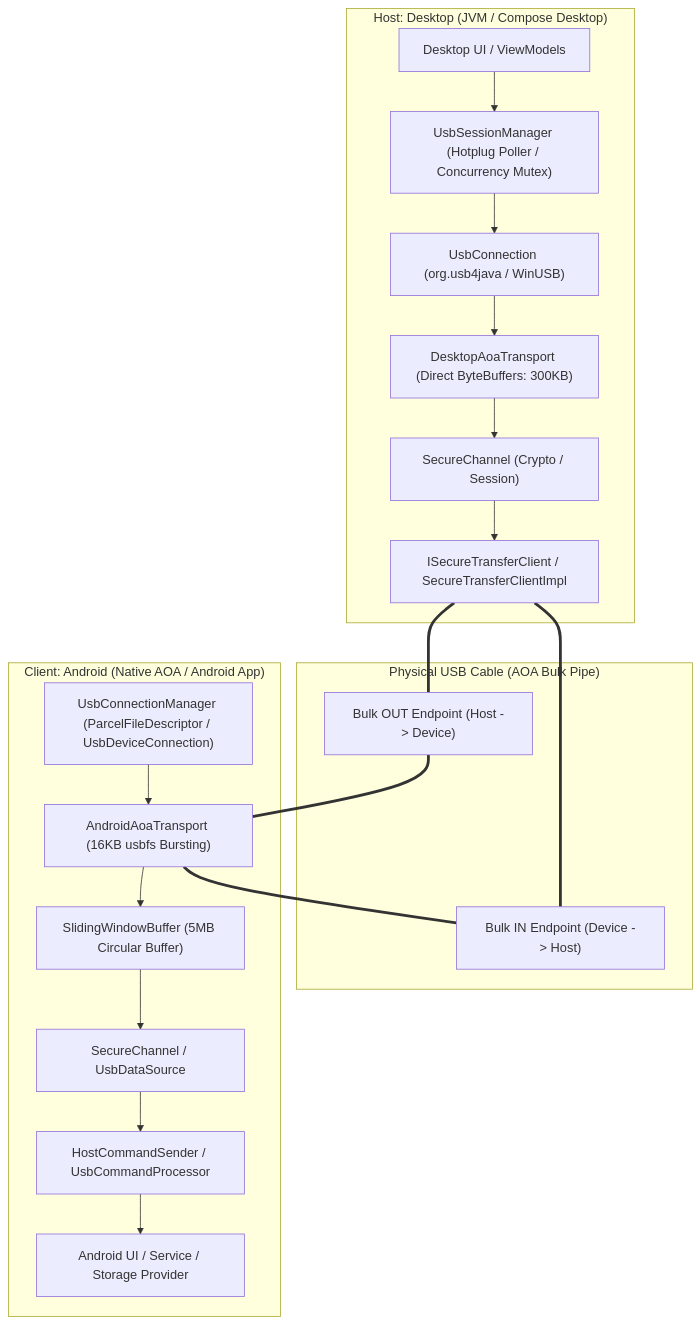
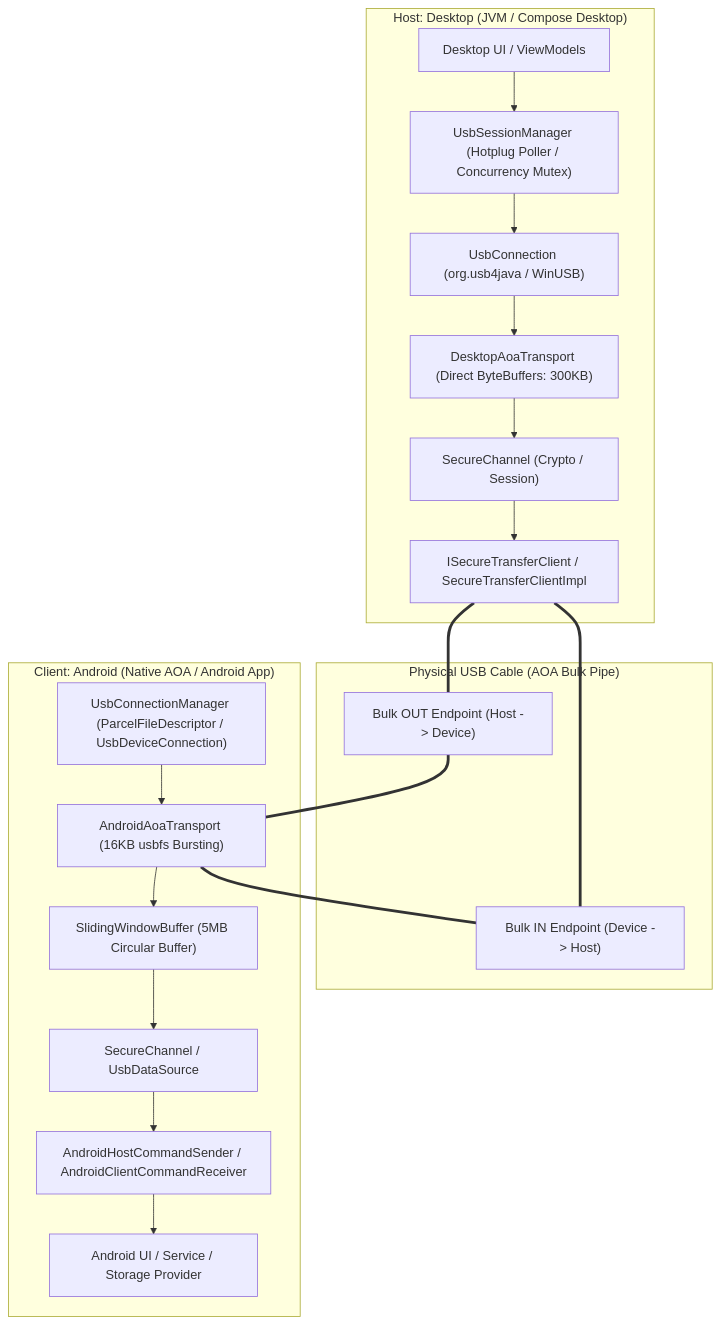
The first of 5 diagrams in SECUREQT_SDK_PROTOCOL_SPECIFICATION.md (kv-shreyas/UsbTransferApp), drawn with Mermaid before and after one commit. The commit also changed other lines of this file and 39 other files, not shown here.

First line of the commit message:
Refactor USB command processor into single-responsibility handlers

````diff
--- a/SECUREQT_SDK_PROTOCOL_SPECIFICATION.md
+++ b/SECUREQT_SDK_PROTOCOL_SPECIFICATION.md
@@ -11,41 +11,41 @@
 ```mermaid
 flowchart TD
     subgraph Host["Host: Desktop (JVM / Compose Desktop)"]
         UI_Desktop["Desktop UI / ViewModels"]
         USM["UsbSessionManager (Hotplug Poller / Concurrency Mutex)"]
         UC["UsbConnection (org.usb4java / WinUSB)"]
         DAT["DesktopAoaTransport (Direct ByteBuffers: 300KB)"]
         SC_D["SecureChannel (Crypto / Session)"]
         STC_D["ISecureTransferClient / SecureTransferClientImpl"]
     end
 
     subgraph PhysicalWire["Physical USB Cable (AOA Bulk Pipe)"]
         BULK_OUT["Bulk OUT Endpoint (Host -> Device)"]
         BULK_IN["Bulk IN Endpoint (Device -> Host)"]
     end
 
     subgraph Client["Client: Android (Native AOA / Android App)"]
-        STC_A["HostCommandSender / UsbCommandProcessor"]
+        STC_A["AndroidHostCommandSender / AndroidClientCommandReceiver"]
         SC_A["SecureChannel / UsbDataSource"]
         SWB["SlidingWindowBuffer (5MB Circular Buffer)"]
         AAT["AndroidAoaTransport (16KB usbfs Bursting)"]
         UCM["UsbConnectionManager (ParcelFileDescriptor / UsbDeviceConnection)"]
         UI_Android["Android UI / Service / Storage Provider"]
     end
 
     UI_Desktop --> USM
     USM --> UC
     UC --> DAT
     DAT --> SC_D
     SC_D --> STC_D
     STC_D === BULK_OUT
     BULK_IN === STC_D
 
     BULK_OUT === AAT
     AAT === BULK_IN
     AAT --> SWB
     SWB --> SC_A
     SC_A --> STC_A
     UCM --> AAT
     STC_A --> UI_Android
 ```
````
